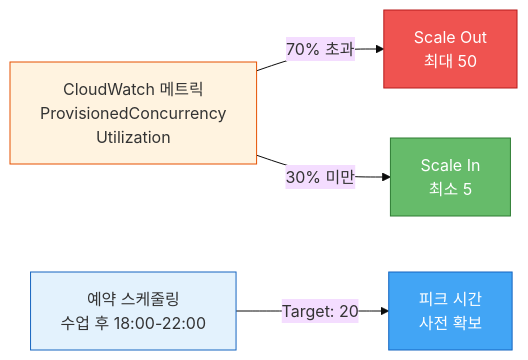
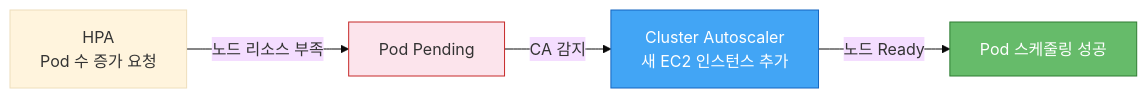
One commit to 80-hours-a-week/2-cho-community-be changed diagram 14 of 18 in report.md. Above: the diagram before and after it, drawn with Mermaid (base theme). The commit also changed other lines of this file, not shown here.

````diff
--- a/report.md
+++ b/report.md
@@ -745,15 +694,11 @@
 ```mermaid
 flowchart LR
-    CW_Metric["CloudWatch 메트릭<br/>ProvisionedConcurrency<br/>Utilization"]
-    CW_Metric -->|"70% 초과"| Scale_Out["Scale Out<br/>최대 50"]
-    CW_Metric -->|"30% 미만"| Scale_In["Scale In<br/>최소 5"]
+    HPA["HPA<br/>Pod 수 증가 요청"]
+    HPA -->|"노드 리소스 부족"| Pending["Pod Pending"]
+    Pending -->|"CA 감지"| CA["Cluster Autoscaler<br/>새 EC2 인스턴스 추가"]
+    CA -->|"노드 Ready"| Schedule["Pod 스케줄링 성공"]
 
-    Schedule["예약 스케줄링<br/>수업 후 18:00-22:00"]
-    Schedule -->|"Target: 20"| Scheduled_Scale["피크 시간<br/>사전 확보"]
-
-    style CW_Metric fill:#fff3e0,stroke:#e65100
-    style Scale_Out fill:#ef5350,color:#fff,stroke:#b71c1c
-    style Scale_In fill:#66bb6a,color:#fff,stroke:#2e7d32
-    style Schedule fill:#e3f2fd,stroke:#1565c0
-    style Scheduled_Scale fill:#42a5f5,color:#fff,stroke:#1565c0
+    style Pending fill:#fce4ec,stroke:#c62828
+    style CA fill:#42a5f5,color:#fff,stroke:#1565c0
+    style Schedule fill:#66bb6a,color:#fff,stroke:#2e7d32
 ```
````
